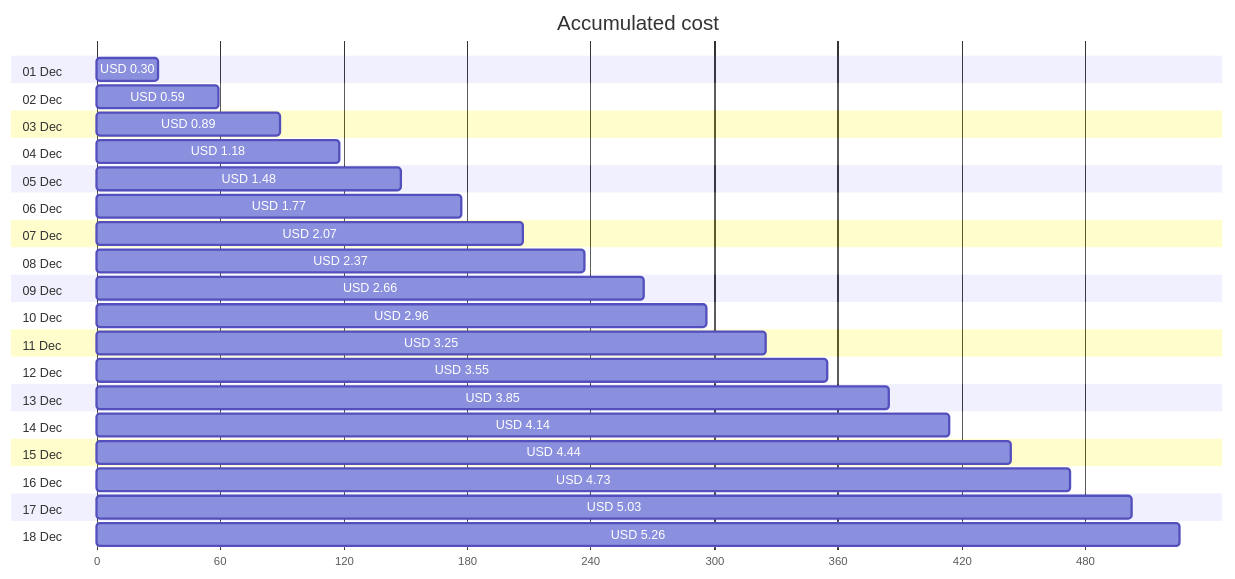
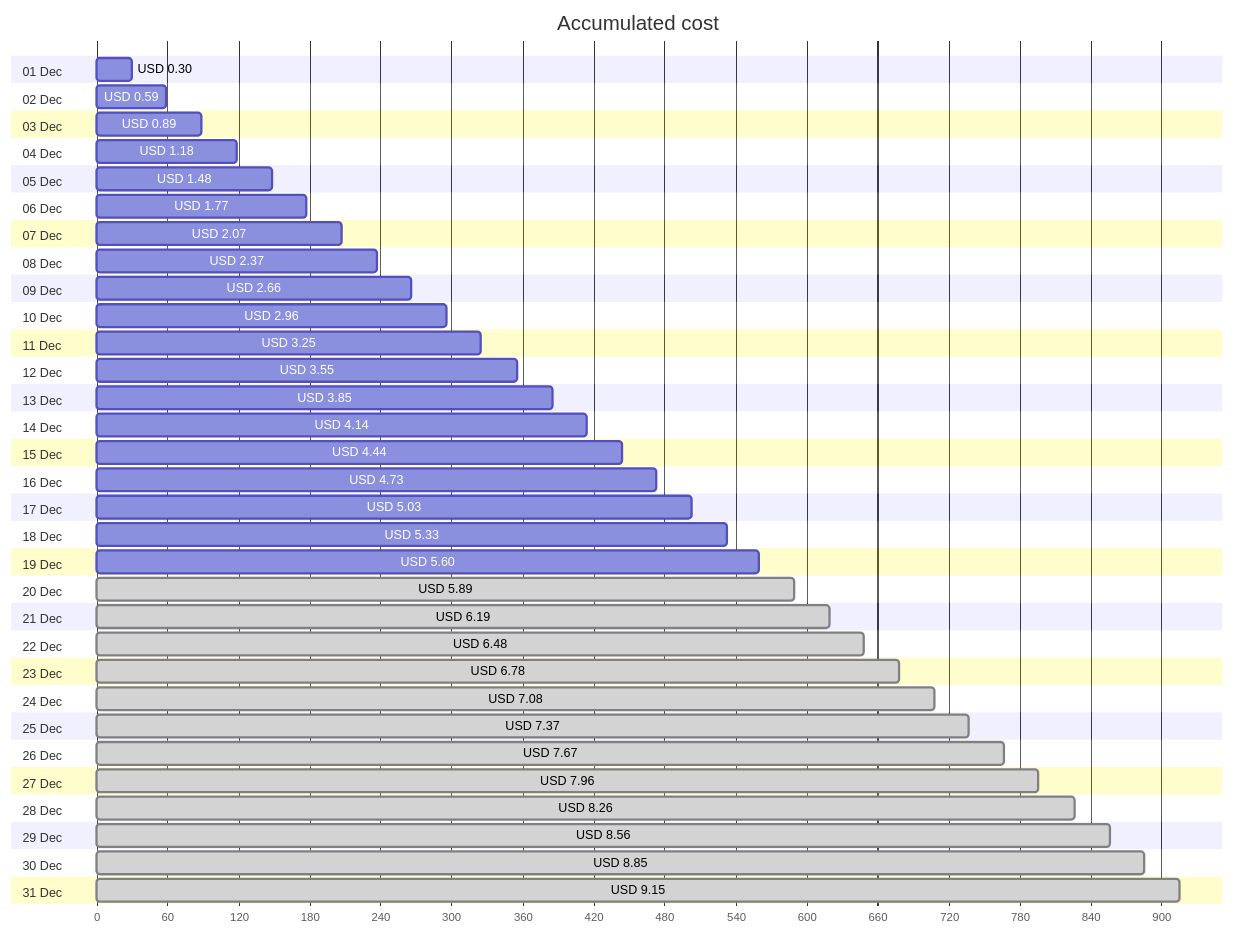
Before and after one commit to jpfulton/azure-personal-reports: the first of 4 diagrams in cost-reports/personal-site/personal-site.md, drawn with Mermaid. The commit also changed other lines of this file and 6 other files, not shown here.

````diff
--- a/cost-reports/personal-site/personal-site.md
+++ b/cost-reports/personal-site/personal-site.md
@@ -20,42 +20,68 @@
 ```mermaid
 gantt
    title Accumulated cost
    dateFormat  X
    axisFormat %s
    section 01 Dec
    USD 0.30 :0, 30
    section 02 Dec
    USD 0.59 :0, 59
    section 03 Dec
    USD 0.89 :0, 89
    section 04 Dec
    USD 1.18 :0, 118
    section 05 Dec
    USD 1.48 :0, 148
    section 06 Dec
    USD 1.77 :0, 177
    section 07 Dec
    USD 2.07 :0, 207
    section 08 Dec
    USD 2.37 :0, 237
    section 09 Dec
    USD 2.66 :0, 266
    section 10 Dec
    USD 2.96 :0, 296
    section 11 Dec
    USD 3.25 :0, 325
    section 12 Dec
    USD 3.55 :0, 355
    section 13 Dec
    USD 3.85 :0, 385
    section 14 Dec
    USD 4.14 :0, 414
    section 15 Dec
    USD 4.44 :0, 444
    section 16 Dec
    USD 4.73 :0, 473
    section 17 Dec
    USD 5.03 :0, 503
    section 18 Dec
-   USD 5.26 :0, 526
+   USD 5.33 :0, 533
+   section 19 Dec
+   USD 5.60 :0, 560
+   section 20 Dec
+   USD 5.89 : done, 0, 589
+   section 21 Dec
+   USD 6.19 : done, 0, 619
+   section 22 Dec
+   USD 6.48 : done, 0, 648
+   section 23 Dec
+   USD 6.78 : done, 0, 678
+   section 24 Dec
+   USD 7.08 : done, 0, 708
+   section 25 Dec
+   USD 7.37 : done, 0, 737
+   section 26 Dec
+   USD 7.67 : done, 0, 767
+   section 27 Dec
+   USD 7.96 : done, 0, 796
+   section 28 Dec
+   USD 8.26 : done, 0, 826
+   section 29 Dec
+   USD 8.56 : done, 0, 856
+   section 30 Dec
+   USD 8.85 : done, 0, 885
+   section 31 Dec
+   USD 9.15 : done, 0, 915
 ```
````
